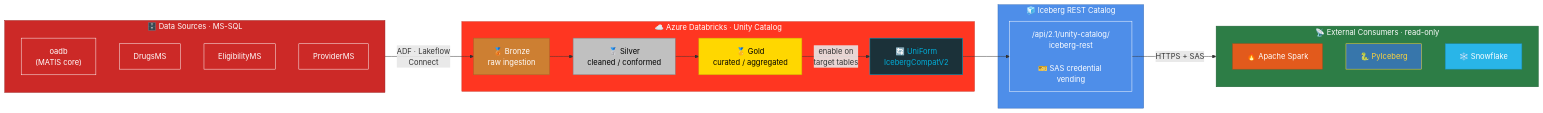
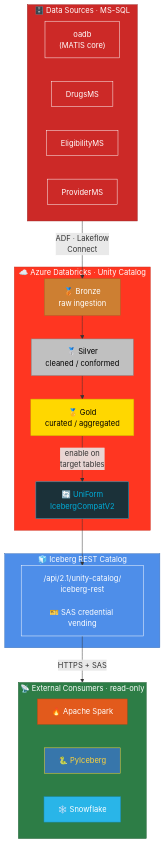
One commit to CarlosCaPe/NFG changed the second of 2 diagrams in clients/oncohealth/tickets/186438-iceberg-rest-catalog/closure-note.md. Above: the diagram before and after it, drawn with Mermaid. The commit also changed other lines of this file and 3 other files, not shown here.

````diff
--- a/clients/oncohealth/tickets/186438-iceberg-rest-catalog/closure-note.md
+++ b/clients/oncohealth/tickets/186438-iceberg-rest-catalog/closure-note.md
@@ -62,49 +71,49 @@
 ```mermaid
-flowchart LR
+flowchart TD
     subgraph sources["🗄️ Data Sources · MS-SQL"]
         oadb["oadb\n(MATIS core)"]
         drugs["DrugsMS"]
         elig["EligibilityMS"]
         prov["ProviderMS"]
     end
 
     subgraph databricks["☁️ Azure Databricks · Unity Catalog"]
         bronze["🥉 Bronze\nraw ingestion"]
         silver["🥈 Silver\ncleaned / conformed"]
         gold["🥇 Gold\ncurated / aggregated"]
         bronze --> silver --> gold
         uniform["🔄 UniForm\nIcebergCompatV2"]
         gold -->|"enable on\ntarget tables"| uniform
     end
 
     subgraph iceberg_api["🧊 Iceberg REST Catalog"]
         rest["/api/2.1/unity-catalog/<br/>iceberg-rest<br/><br/>🎫 SAS credential vending"]
     end
 
     subgraph consumers["📡 External Consumers · read-only"]
         ext1["🔥 Apache Spark"]
         ext2["🐍 PyIceberg"]
         ext3["❄️ Snowflake"]
     end
 
     sources -->|"ADF · Lakeflow\nConnect"| bronze
     uniform --> rest
     rest -->|"HTTPS + SAS"| consumers
 
     style sources fill:#CC2927,stroke:#991F1D,color:#fff
     style databricks fill:#FF3621,stroke:#CC2A1A,color:#fff
     style iceberg_api fill:#4E8EE9,stroke:#3A6FB8,color:#fff
     style consumers fill:#2D7D46,stroke:#1B5C30,color:#fff
     style bronze fill:#CD7F32,stroke:#A66628,color:#fff
     style silver fill:#C0C0C0,stroke:#808080,color:#000
     style gold fill:#FFD700,stroke:#CCA900,color:#000
     style uniform fill:#1B3139,stroke:#00ADD8,color:#00ADD8
     style rest fill:#4E8EE9,stroke:#fff,color:#fff
     style oadb fill:#CC2927,stroke:#fff,color:#fff
     style drugs fill:#CC2927,stroke:#fff,color:#fff
     style elig fill:#CC2927,stroke:#fff,color:#fff
     style prov fill:#CC2927,stroke:#fff,color:#fff
     style ext1 fill:#E25A1C,stroke:#B84816,color:#fff
     style ext2 fill:#3776AB,stroke:#FFD43B,color:#FFD43B
     style ext3 fill:#29B5E8,stroke:#1A8AB5,color:#fff
 ```
````
